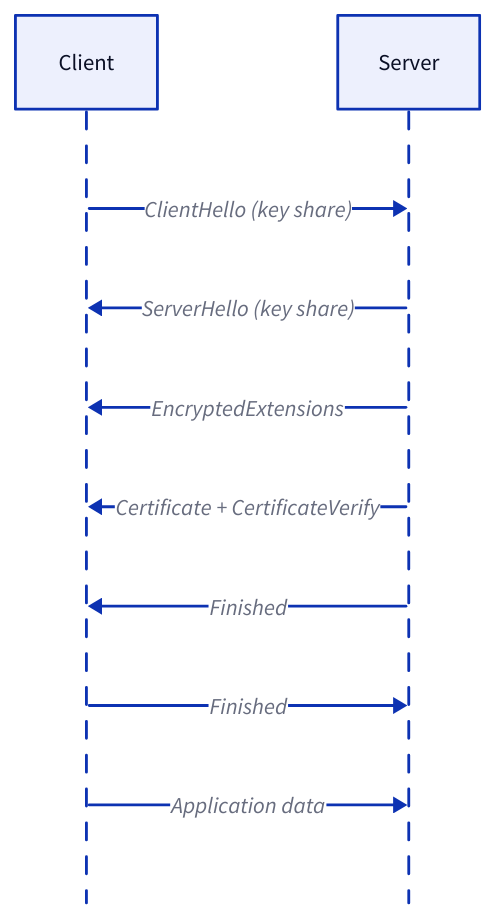
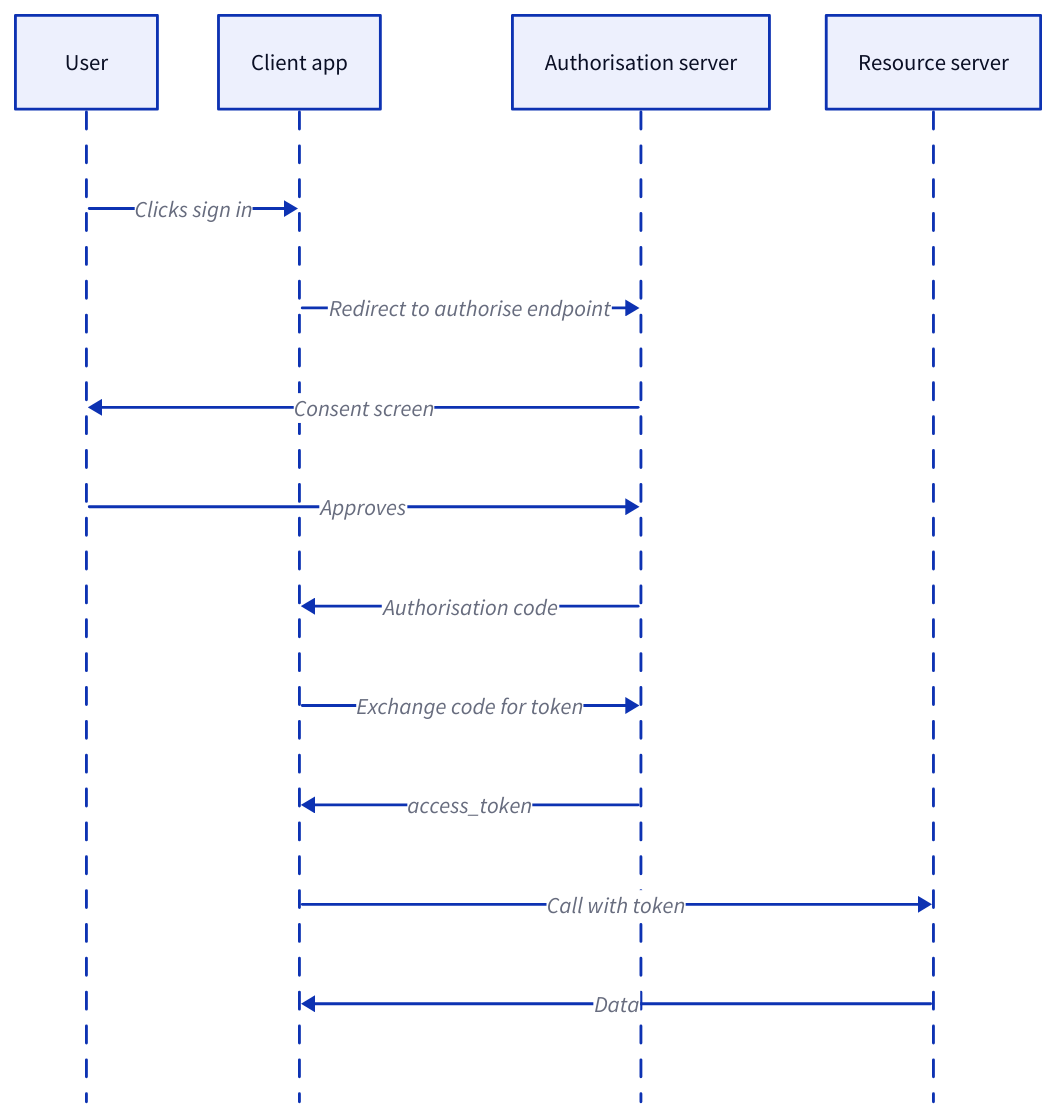
The second of 13 diagrams in content/en/posts/tech-rendering-demo/index.md (HiDomesticCat/blog), drawn with D2 before and after one commit. The commit also changed other lines of this file and 2 other files, not shown here.

```diff
--- a/content/en/posts/tech-rendering-demo/index.md
+++ b/content/en/posts/tech-rendering-demo/index.md
@@ -79,14 +79,18 @@
-{{< d2 caption="A one round-trip TLS 1.3 handshake" >}}
+{{< d2 caption="OAuth 2.0 authorisation code flow" >}}
 shape: sequence_diagram
 
-client: Client
-server: Server
+user: User
+app: Client app
+idp: Authorisation server
+api: Resource server
 
-client -> server: ClientHello (key share)
-server -> client: ServerHello (key share)
-server -> client: EncryptedExtensions
-server -> client: Certificate + CertificateVerify
-server -> client: Finished
-client -> server: Finished
-client -> server: Application data
+user -> app: Clicks sign in
+app -> idp: Redirect to authorise endpoint
+idp -> user: Consent screen
+user -> idp: Approves
+idp -> app: Authorisation code
+app -> idp: Exchange code for token
+idp -> app: access_token
+app -> api: Call with token
+api -> app: Data
 {{< /d2 >}}
```
